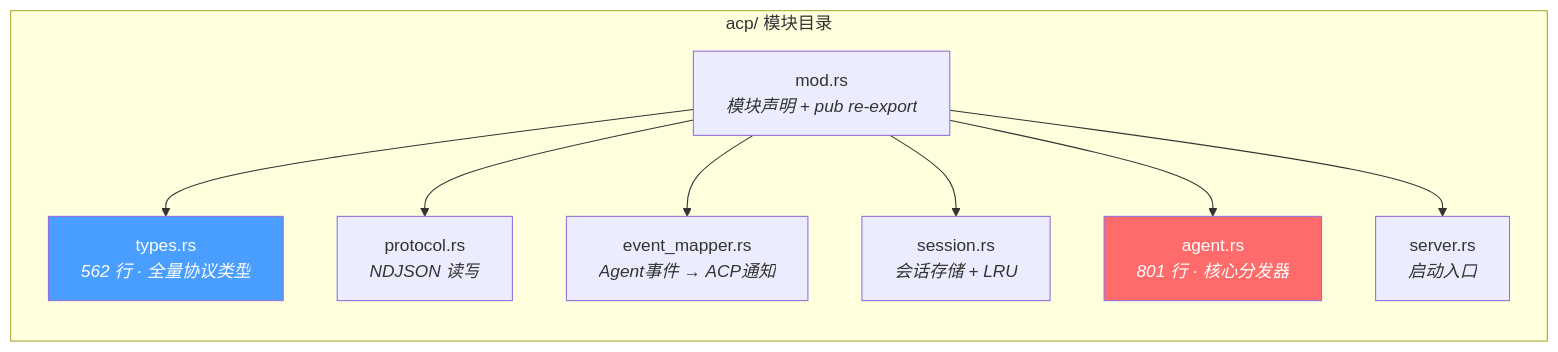
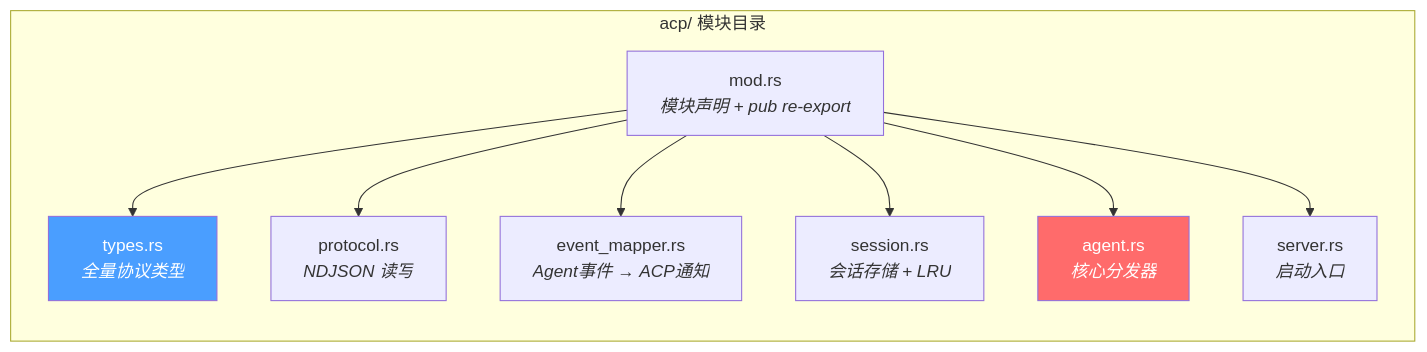
Before and after one commit to shiwenwen/hope-agent: the third of 11 diagrams in docs/architecture/acp.md, drawn with Mermaid. The commit also changed other lines of this file and 9 other files, not shown here.

````diff
--- a/docs/architecture/acp.md
+++ b/docs/architecture/acp.md
@@ -168,22 +168,22 @@
 ```mermaid
 graph LR
     subgraph "acp/ 模块目录"
         MOD["mod.rs<br/><i>模块声明 + pub re-export</i>"]
-        TYPES["types.rs<br/><i>562 行 · 全量协议类型</i>"]
+        TYPES["types.rs<br/><i>全量协议类型</i>"]
         PROTO["protocol.rs<br/><i>NDJSON 读写</i>"]
         MAPPER["event_mapper.rs<br/><i>Agent事件 → ACP通知</i>"]
         SESSION["session.rs<br/><i>会话存储 + LRU</i>"]
-        AGENT["agent.rs<br/><i>801 行 · 核心分发器</i>"]
+        AGENT["agent.rs<br/><i>核心分发器</i>"]
         SERVER["server.rs<br/><i>启动入口</i>"]
     end
 
     MOD --> TYPES
     MOD --> PROTO
     MOD --> MAPPER
     MOD --> SESSION
     MOD --> AGENT
     MOD --> SERVER
 
     style AGENT fill:#ff6b6b,color:#fff
     style TYPES fill:#4a9eff,color:#fff
 ```
````
